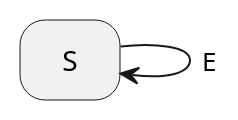
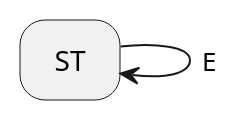
Before and after one commit to fgoujeon/maki: the third of 5 diagrams in doc/concepts/transition.md, drawn with PlantUML. The commit also changed other lines of this file and 2 other files, not shown here.

```diff
--- a/doc/concepts/transition.md
+++ b/doc/concepts/transition.md
@@ -81,5 +83,5 @@
             @startuml{mini_external_self_transition.png}
-            state S
-            S -> S : E
+            state ST
+            ST -> ST : E
             hide empty description
             @enduml
```
